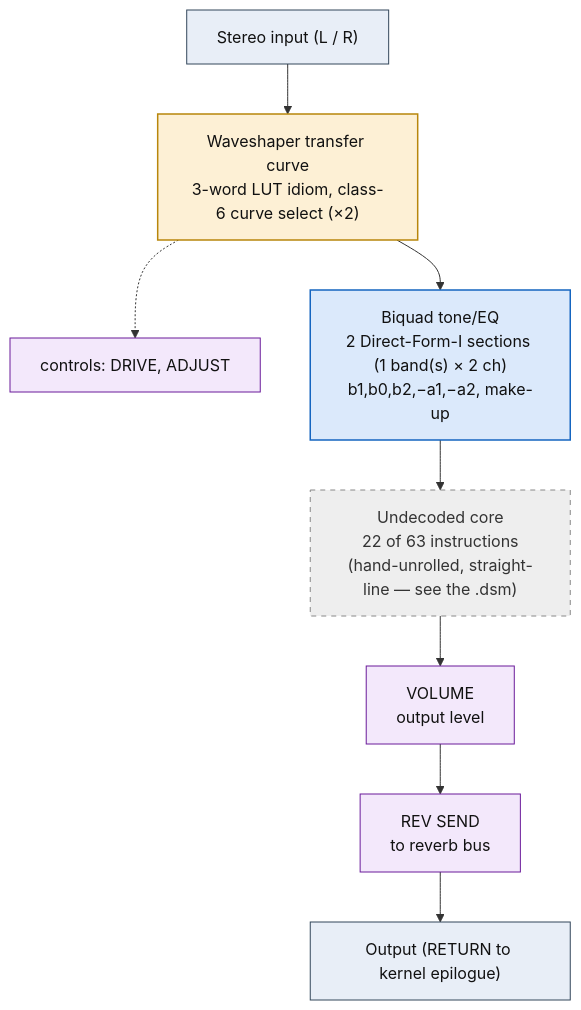
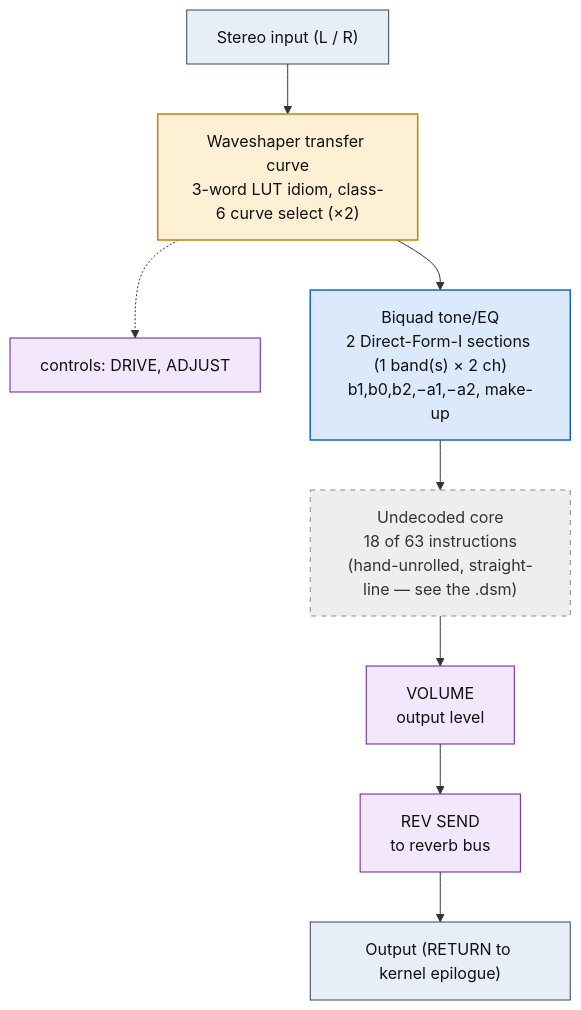
Before and after one commit to ArqueologiaDigital/kn5000-roms-disasm: the diagram in dsp/flowcharts/prog33_overdrive.md, drawn with Mermaid. The commit also changed other lines of this file and 78 other files, not shown here.

````diff
--- a/dsp/flowcharts/prog33_overdrive.md
+++ b/dsp/flowcharts/prog33_overdrive.md
@@ -12,30 +12,30 @@
 ```mermaid
 flowchart TD
     N0["Stereo input (L / R)"]
     N1["Waveshaper transfer curve<br/>3-word LUT idiom, class-6 curve select (&times;2)"]
     N0 --> N1
     N2["controls: DRIVE, ADJUST"]
     N1 -.-> N2
     N3["Biquad tone/EQ<br/>2 Direct-Form-I sections (1 band(s) &times; 2 ch)<br/>b1,b0,b2,&minus;a1,&minus;a2, make-up"]
     N1 --> N3
-    N4["Undecoded core<br/>22 of 63 instructions<br/>(hand-unrolled, straight-line &mdash; see the .dsm)"]
+    N4["Undecoded core<br/>18 of 63 instructions<br/>(hand-unrolled, straight-line &mdash; see the .dsm)"]
     N3 --> N4
     N5["VOLUME<br/>output level"]
     N4 --> N5
     N6["REV SEND<br/>to reverb bus"]
     N5 --> N6
     N7["Output (RETURN to kernel epilogue)"]
     N6 --> N7
 
     classDef io fill:#e8eef7,stroke:#33475b,stroke-width:1px,color:#111;
     classDef proven fill:#d7f0d7,stroke:#2e7d32,stroke-width:2px,color:#111;
     classDef measured fill:#dbe9fb,stroke:#1565c0,stroke-width:1.5px,color:#111;
     classDef inferred fill:#fdf0d5,stroke:#b8860b,stroke-width:1.5px,color:#111;
     classDef open fill:#eeeeee,stroke:#888,stroke-width:1px,color:#333,stroke-dasharray:5 5;
     classDef ctrl fill:#f3e8fb,stroke:#6a1b9a,stroke-width:1px,color:#111;
     class N0,N7 io;
     class N1 inferred;
     class N2,N5,N6 ctrl;
     class N3 measured;
     class N4 open;
 ```
````
